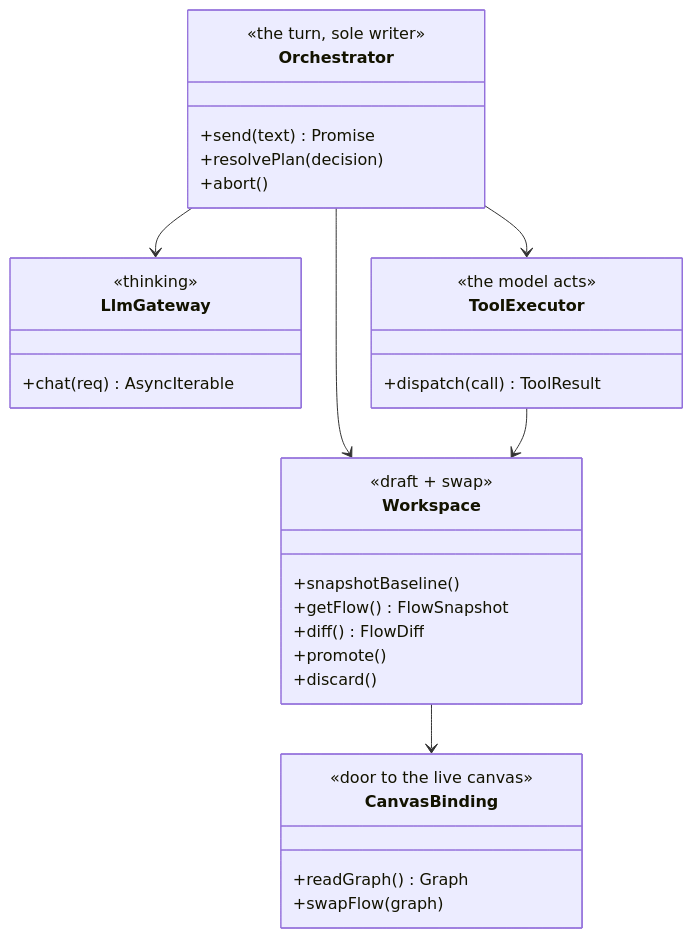
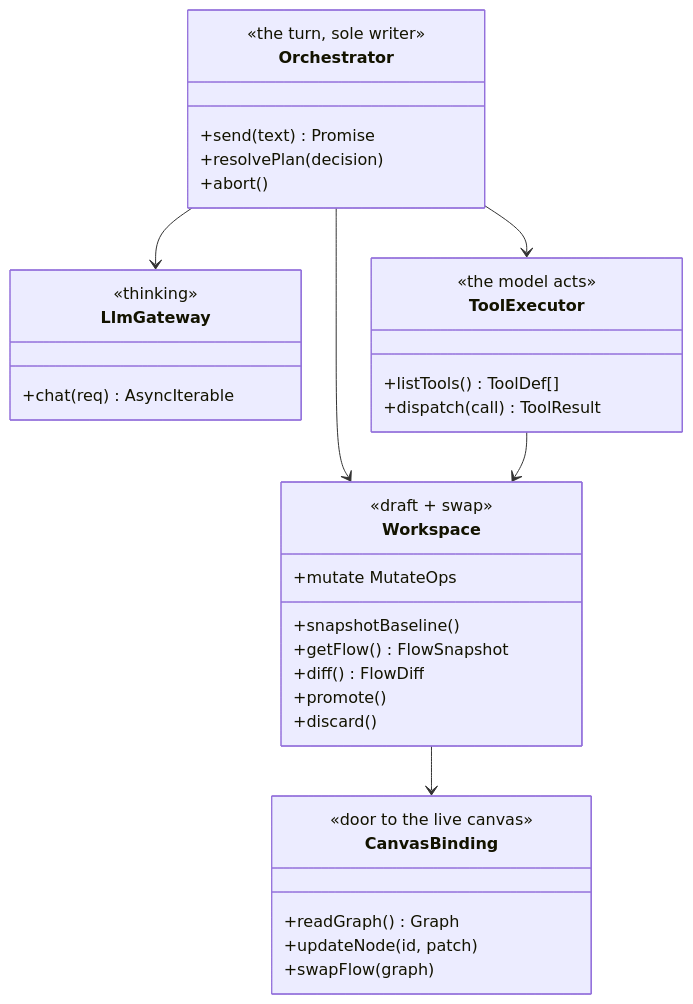
One commit to lemoncloud-io/eureka-flow changed the second of 5 diagrams in docs/specs/0001-agent-chat/README.md. Above: the diagram before and after it, drawn with Mermaid. The commit also changed other lines of this file and 1 other file, not shown here.

First line of the commit message:
docs(agent-chat): reconcile diagrams and section numbering

````diff
--- a/docs/specs/0001-agent-chat/README.md
+++ b/docs/specs/0001-agent-chat/README.md
@@ -58,35 +58,38 @@
 ```mermaid
 classDiagram
     class Orchestrator {
         <<the turn, sole writer>>
         +send(text) Promise
         +resolvePlan(decision)
         +abort()
     }
     class LlmGateway {
         <<thinking>>
         +chat(req) AsyncIterable
     }
     class ToolExecutor {
         <<the model acts>>
+        +listTools() ToolDef[]
         +dispatch(call) ToolResult
     }
     class Workspace {
         <<draft + swap>>
         +snapshotBaseline()
         +getFlow() FlowSnapshot
+        +mutate MutateOps
         +diff() FlowDiff
         +promote()
         +discard()
     }
     class CanvasBinding {
         <<door to the live canvas>>
         +readGraph() Graph
+        +updateNode(id, patch)
         +swapFlow(graph)
     }
     Orchestrator --> LlmGateway
     Orchestrator --> ToolExecutor
     Orchestrator --> Workspace
     ToolExecutor --> Workspace
     Workspace --> CanvasBinding
 ```
````
